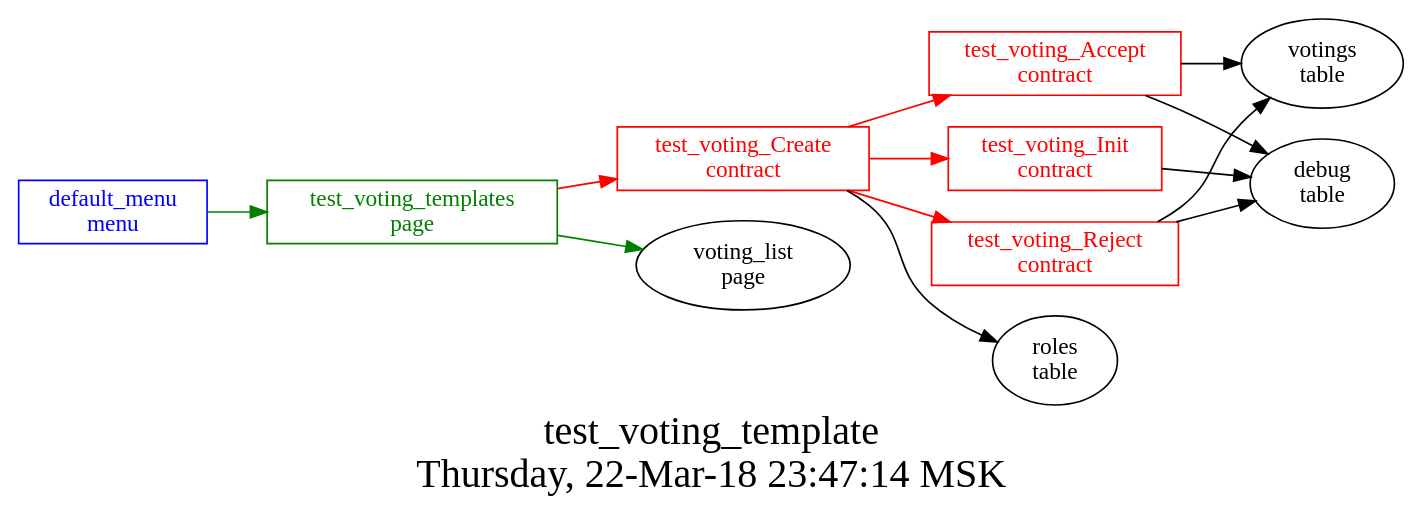
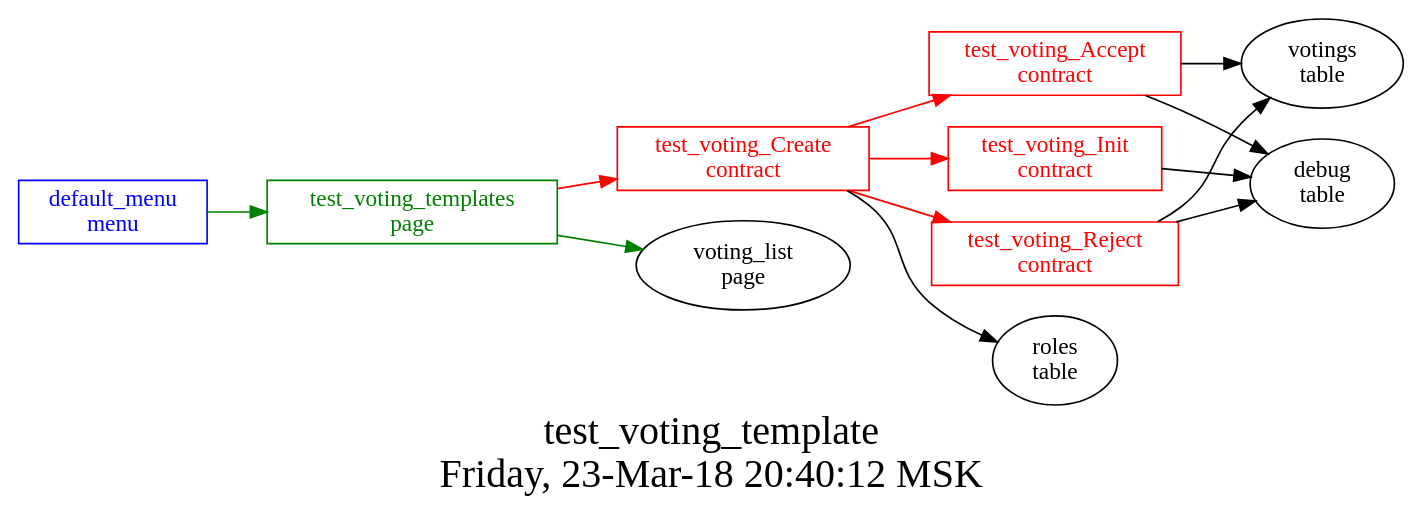
One commit to AplaProject/apps changed the diagram in src/basic/basic_main/test_voting_templates/struct.dot. Above: the diagram before and after it, drawn with Graphviz. The commit also changed 4 other files, not shown here.

```diff
--- a/src/basic/basic_main/test_voting_templates/struct.dot
+++ b/src/basic/basic_main/test_voting_templates/struct.dot
@@ -1,29 +1,29 @@
 digraph G {
 graph [
   fontsize="24";
-  label="test_voting_template\nThursday, 22-Mar-18 23:47:14 MSK";
+  label="test_voting_template\nFriday, 23-Mar-18 20:40:12 MSK";
   nojustify=true;
   ordering=out;
   rankdir=LR;
   size="30";
 ];
 "default_menu\nmenu" -> "test_voting_templates\npage"  [ color=green ]
 "default_menu\nmenu" [color=blue, fontcolor=blue, group=menus, shape=record];
 "test_voting_templates\npage" -> "test_voting_Create\ncontract"  [ color=red ]
 "test_voting_templates\npage" -> "voting_list\npage"  [ color=green ]
 "test_voting_templates\npage" [color=green, fontcolor=green, group=pages, shape=record];
 "test_voting_Accept\ncontract" -> "votings\ntable"  [ color="" ]
 "test_voting_Accept\ncontract" -> "debug\ntable"  [ color="" ]
 "test_voting_Accept\ncontract" [color=red, fontcolor=red, group=contracts, shape=record];
 "test_voting_Create\ncontract" -> "test_voting_Accept\ncontract"  [ color=red ]
 "test_voting_Create\ncontract" -> "test_voting_Init\ncontract"  [ color=red ]
 "test_voting_Create\ncontract" -> "test_voting_Reject\ncontract"  [ color=red ]
 "test_voting_Create\ncontract" -> "roles\ntable"  [ color="" ]
 "test_voting_Create\ncontract" [color=red, fontcolor=red, group=contracts, shape=record];
 "test_voting_Init\ncontract" -> "debug\ntable"  [ color="" ]
 "test_voting_Init\ncontract" [color=red, fontcolor=red, group=contracts, shape=record];
 "test_voting_Reject\ncontract" -> "votings\ntable"  [ color="" ]
 "test_voting_Reject\ncontract" -> "debug\ntable"  [ color="" ]
 "test_voting_Reject\ncontract" [color=red, fontcolor=red, group=contracts, shape=record];
 "debug\ntable" [color="", fontcolor="", group=tables, shape=""];
 }
```
